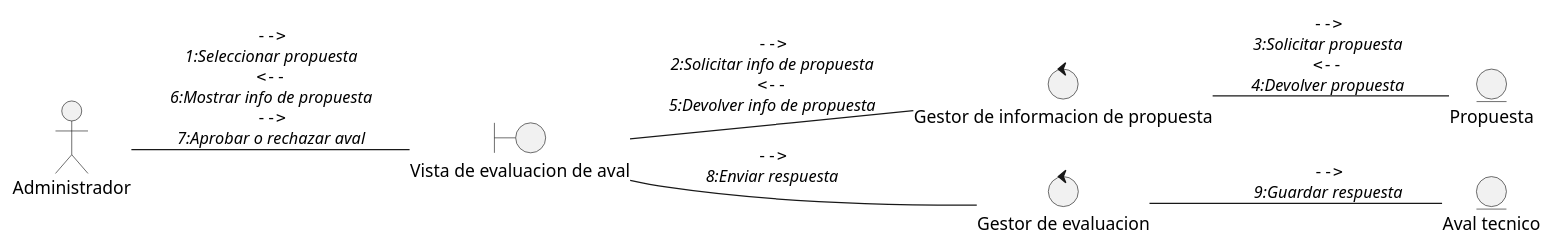
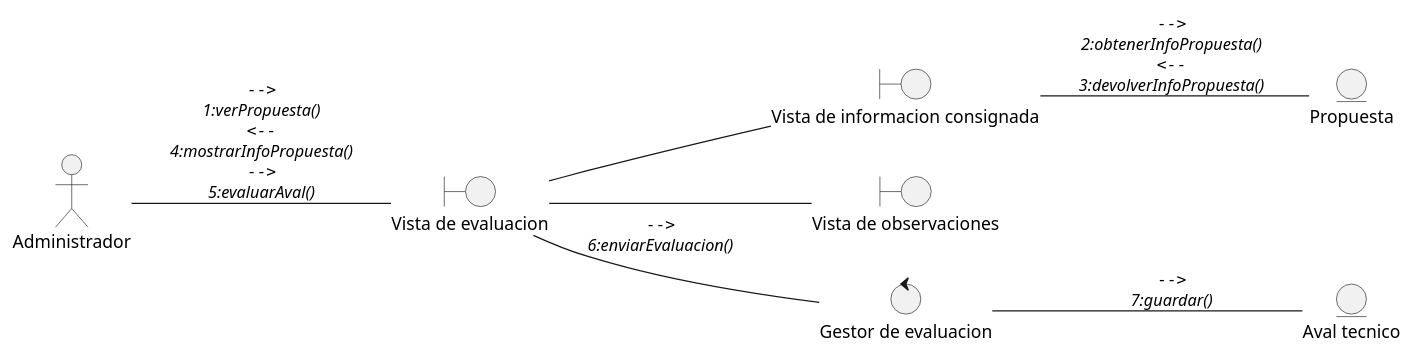
One commit to Samantha-Ramirez/ProyectoEquipo7ING changed the diagram in docs/scenariosView/DisciplinaDeAnalisisDiagramaDeColaboracionResponderEvaluacionAval.plantuml. Above: the diagram before and after it, drawn with PlantUML. The commit also changed 32 other files, not shown here.

Commit message:
Diagramas de clases y de colaboracion hasta UC8 2906

```diff
--- a/docs/scenariosView/DisciplinaDeAnalisisDiagramaDeColaboracionResponderEvaluacionAval.plantuml
+++ b/docs/scenariosView/DisciplinaDeAnalisisDiagramaDeColaboracionResponderEvaluacionAval.plantuml
@@ -1,20 +1,24 @@
 @startuml DisciplinaDeAnalisisDiagramaDeColaboracionResponderEvaluacionAval
 left to right direction
 
 actor "Administrador" as actorAdmin
 
 entity "Propuesta" as entidadPropuesta
 entity "Aval tecnico" as entidadAval
 
-boundary "Vista de evaluacion de aval" as vistaEvaluacion
+boundary "Vista de evaluacion" as vistaEvaluacion
+boundary "Vista de informacion consignada" as vistaInfoConsignada
+boundary "Vista de observaciones" as vistaObservaciones
 
-control "Gestor de informacion de propuesta" as ctrlGestorInfoPropuesta
 control "Gestor de evaluacion" as ctrlGestorEvaluacion
 
-actorAdmin -- vistaEvaluacion : ""-->""\n//1:Seleccionar propuesta//\n""<--""\n//6:Mostrar info de propuesta//\n""-->""\n//7:Aprobar o rechazar aval//
-vistaEvaluacion -- ctrlGestorInfoPropuesta : ""-->""\n//2:Solicitar info de propuesta//\n""<--""\n//5:Devolver info de propuesta//
-ctrlGestorInfoPropuesta -- entidadPropuesta : ""-->""\n//3:Solicitar propuesta//\n""<--""\n//4:Devolver propuesta//
-vistaEvaluacion -- ctrlGestorEvaluacion : ""-->""\n//8:Enviar respuesta//
-ctrlGestorEvaluacion -- entidadAval : ""-->""\n//9:Guardar respuesta//
+actorAdmin -- vistaEvaluacion : ""-->""\n//1:verPropuesta()//\n""<--""\n//4:mostrarInfoPropuesta()//\n""-->""\n//5:evaluarAval()//
+vistaEvaluacion -- vistaInfoConsignada
+vistaEvaluacion -- vistaObservaciones
+
+vistaInfoConsignada -- entidadPropuesta : ""-->""\n//2:obtenerInfoPropuesta()//\n""<--""\n//3:devolverInfoPropuesta()//
+
+vistaEvaluacion -- ctrlGestorEvaluacion : ""-->""\n//6:enviarEvaluacion()//
+ctrlGestorEvaluacion -- entidadAval : ""-->""\n//7:guardar()//
 
 @enduml
```
